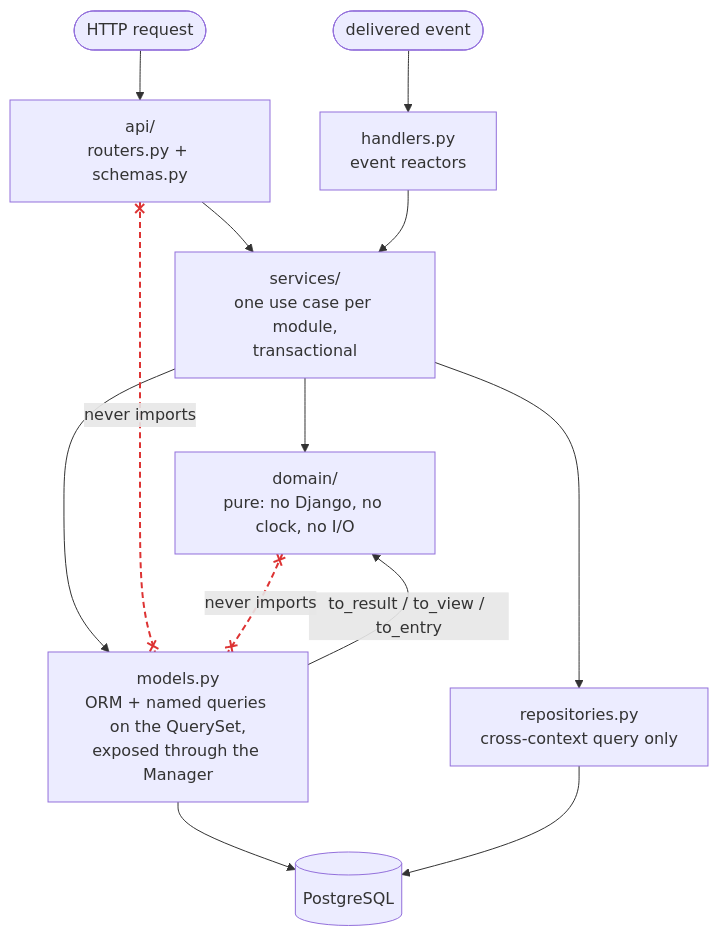
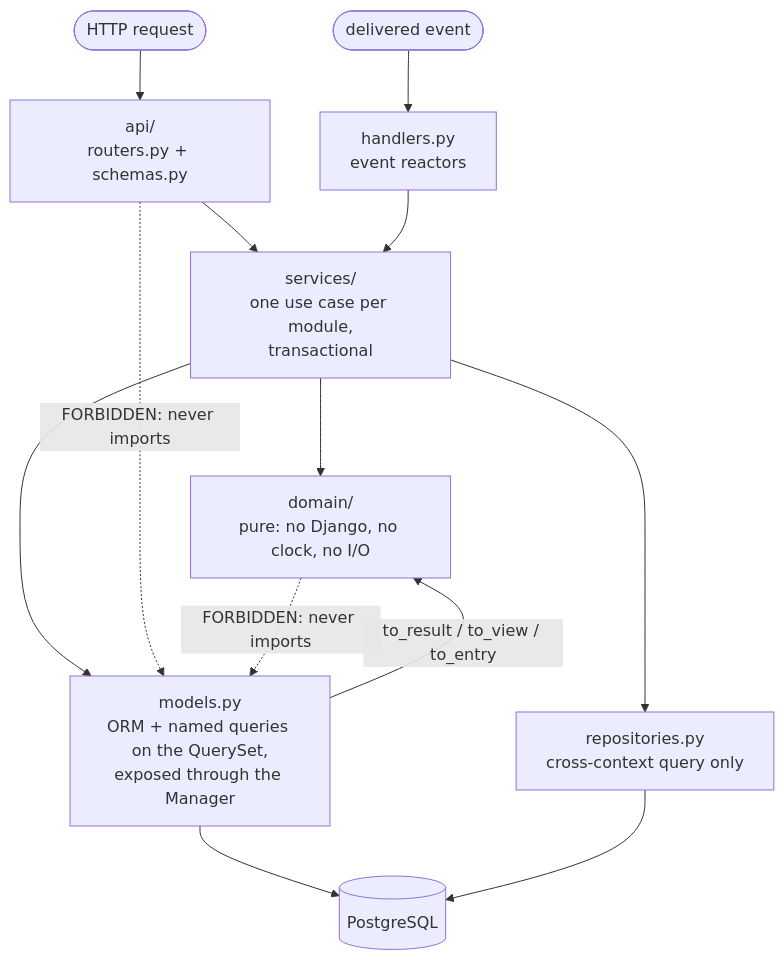
One commit to alejandrovelez243/aztec-ops changed the third of 8 diagrams in docs/ARCHITECTURE.md. Above: the diagram before and after it, drawn with Mermaid. The commit also changed other lines of this file and 25 other files, not shown here.

First line of the commit message:
docs: state the forbidden imports in the label, not in a positional style

````diff
--- a/docs/ARCHITECTURE.md
+++ b/docs/ARCHITECTURE.md
@@ -210,29 +209,25 @@
 ```mermaid
 flowchart TD
   HTTP(["HTTP request"]) --> API
   BUS(["delivered event"]) --> H
 
   API["api/<br/>routers.py + schemas.py"]
   H["handlers.py<br/>event reactors"]
   S["services/<br/>one use case per module,<br/>transactional"]
   D["domain/<br/>pure: no Django, no clock, no I/O"]
   M["models.py<br/>ORM + named queries on the QuerySet,<br/>exposed through the Manager"]
   R["repositories.py<br/>cross-context query only"]
   DB[("PostgreSQL")]
 
   API --> S
   H --> S
   S --> D
   S --> M
   S --> R
   M --> DB
   R --> DB
   M -->|"to_result / to_view / to_entry"| D
 
-  API x--x|"never imports"| M
-  D x--x|"never imports"| M
-
-  %% The two forbidden edges are the point of this diagram, so they are drawn as such:
-  %% red and dashed. Rendered like the allowed arrows they read as permission.
-  linkStyle 10,11 stroke:#d33,stroke-width:2px,stroke-dasharray:6 4
+  API -.->|"FORBIDDEN: never imports"| M
+  D -.->|"FORBIDDEN: never imports"| M
 ```
````
